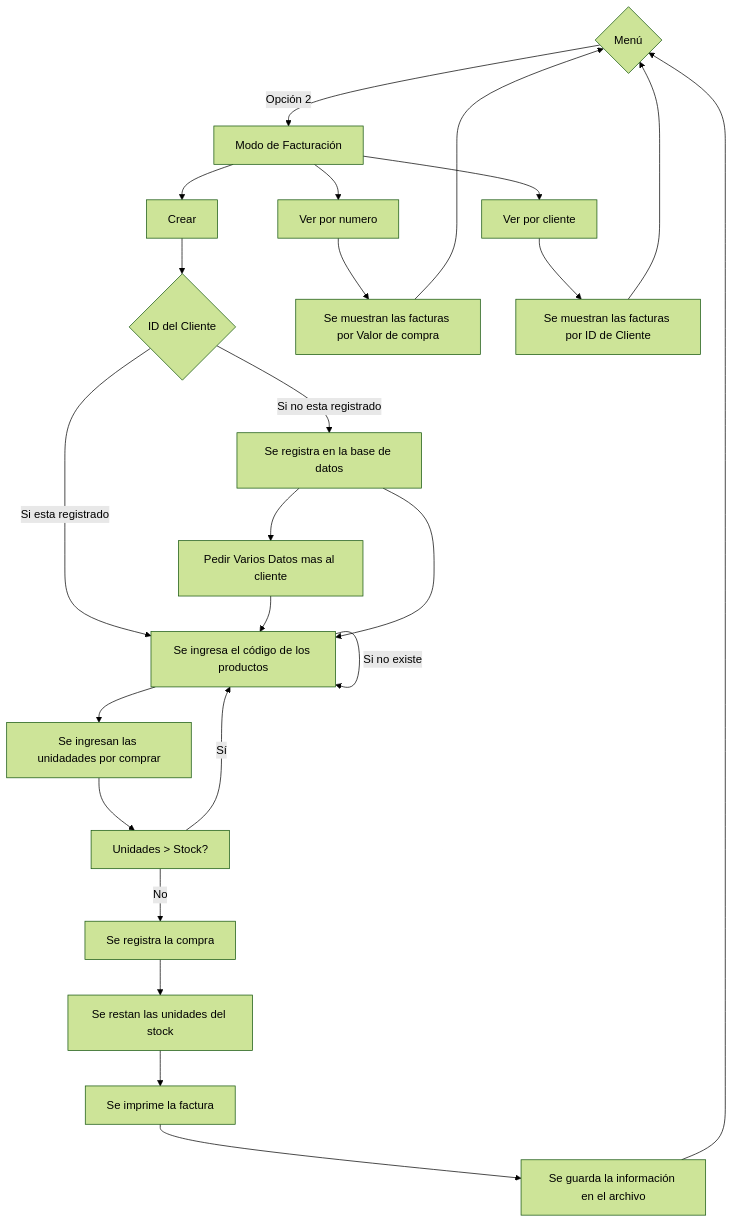
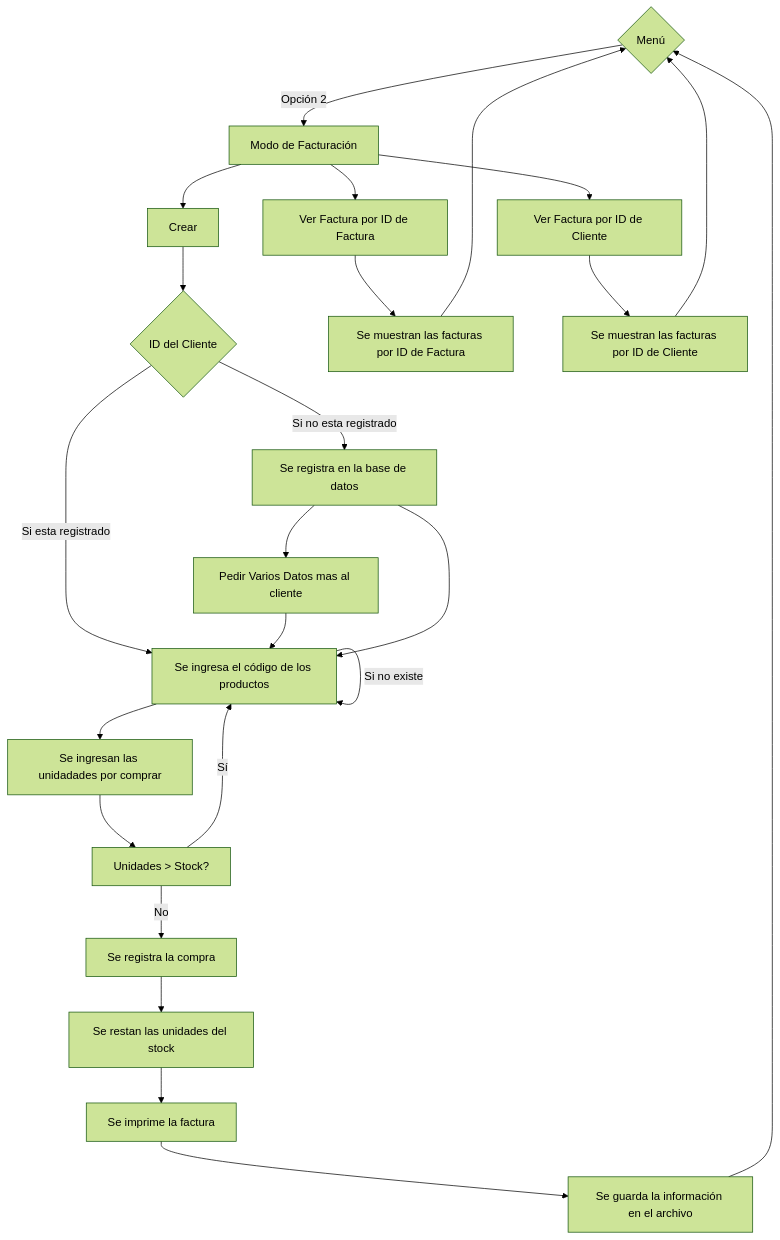
The fourth of 6 diagrams in README.md (NotName-K/Project), drawn with Mermaid (forest theme) before and after one commit. The commit also changed other lines of this file, not shown here.

````diff
--- a/README.md
+++ b/README.md
@@ -101,27 +101,27 @@
 ```mermaid
 graph TD;
 B{Menú} -->|Opción 2|R[Modo de Facturación];
     R -->L1[Crear];
-    R -->L2[Ver por numero];
-    R-->L3[Ver por cliente];
+    R -->L2[Ver Factura por ID de Factura];
+    R-->L3[Ver Factura por ID de Cliente];
     L1-->U1{ID del Cliente};
     U1-->|Si no esta registrado|M1[Se registra en la base de datos];
     M1 -->W1[Pedir Varios Datos mas al cliente]
     U1-->|Si esta registrado|N1;
     W1-->N1
     M1-->N1[Se ingresa el código de los productos];
     N1-->|Si no existe|N1;
     N1-->O1[Se ingresan las unidadades por comprar]
     O1-->P1[Unidades > Stock?];
     P1-->|Sí|N1;
     P1-->|No|Q1[Se registra la compra];
     Q1-->R1[Se restan las unidades del stock];
     R1-->S1[Se imprime la factura];
     S1-->T1[Se guarda la información en el archivo];
     T1-->B;
 
-    L2 -->K2[Se muestran las facturas por Valor de compra]
+    L2 -->K2[Se muestran las facturas por ID de Factura]
     L3 -->K3[Se muestran las facturas por ID de Cliente]
     K2 -->B
     K3 -->B
 ```
````
